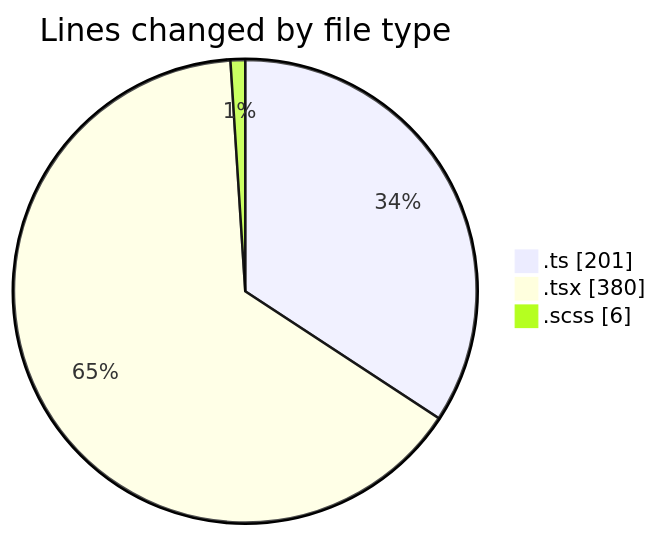
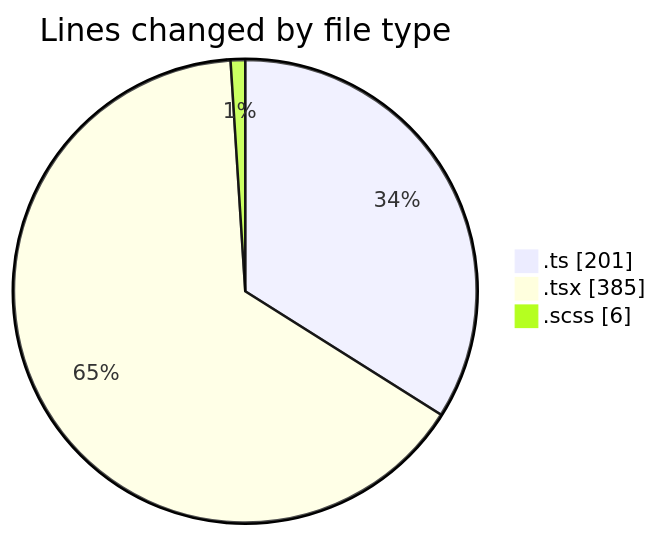
Before and after one commit to momahboobian/code-tracking: the first of 2 diagrams in 2026-03-17/cda/README.md, drawn with Mermaid. The commit also changed other lines of this file and 1 other file, not shown here.

````diff
--- a/2026-03-17/cda/README.md
+++ b/2026-03-17/cda/README.md
@@ -23,7 +23,7 @@
 ```mermaid
 pie showData
 title Lines changed by file type
 ".ts" : 201
-".tsx" : 380
+".tsx" : 385
 ".scss" : 6
 ```
````
